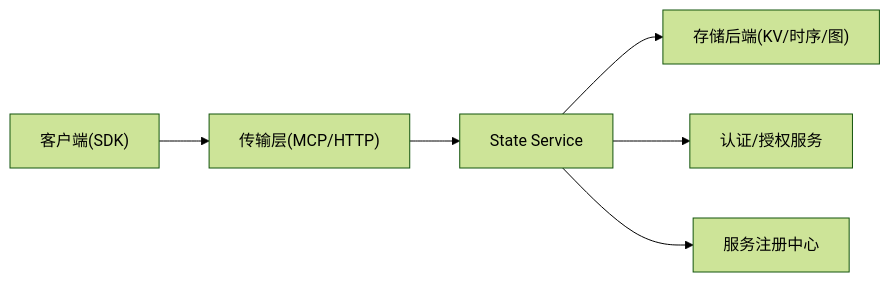
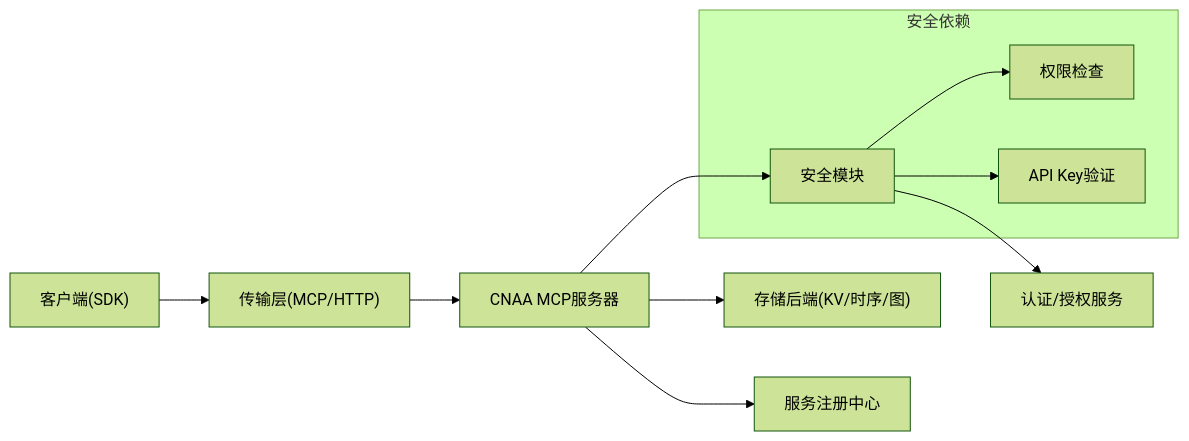
Before and after one commit to lgx236/CNAA-Cloud-Native-Agent-Architecture-: the third of 3 diagrams in .qoder/repowiki/zh/content/API参考/MCP协议.md, drawn with Mermaid (forest theme). The commit also changed other lines of this file and 98 other files, not shown here.

Commit message:
feat: Add cloud-local distributed architecture configuration & deployment docs

````diff
--- a/.qoder/repowiki/zh/content/API参考/MCP协议.md
+++ b/.qoder/repowiki/zh/content/API参考/MCP协议.md
@@ -211,8 +327,13 @@
 ```mermaid
 graph LR
 Client["客户端(SDK)"] --> Transport["传输层(MCP/HTTP)"]
-Transport --> Server["State Service"]
-Server --> Store["存储后端(KV/时序/图)"]
-Server --> Auth["认证/授权服务"]
+Transport --> Server["CNAA MCP服务器"]
+Server --> Security["安全模块"]
+Server --> Storage["存储后端(KV/时序/图)"]
+Security --> Auth["认证/授权服务"]
 Server --> Registry["服务注册中心"]
+subgraph "安全依赖"
+Security --> Permission["权限检查"]
+Security --> Validation["API Key验证"]
+end
 ```
````
